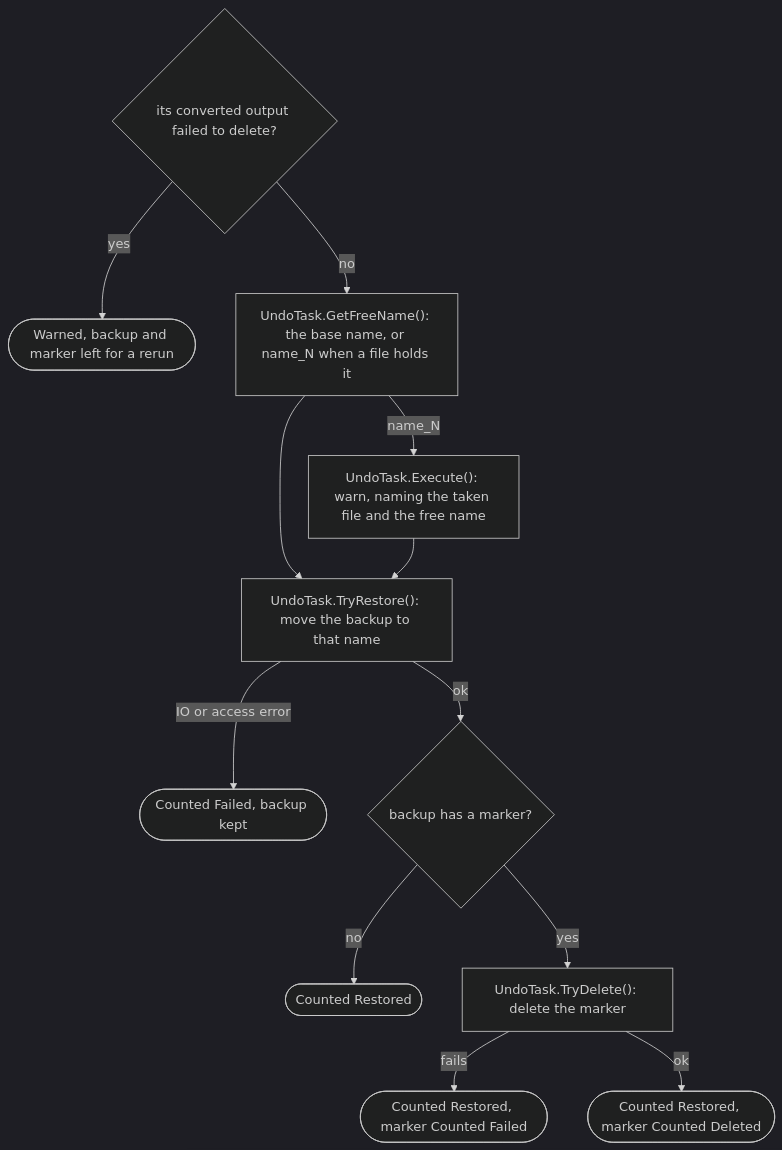
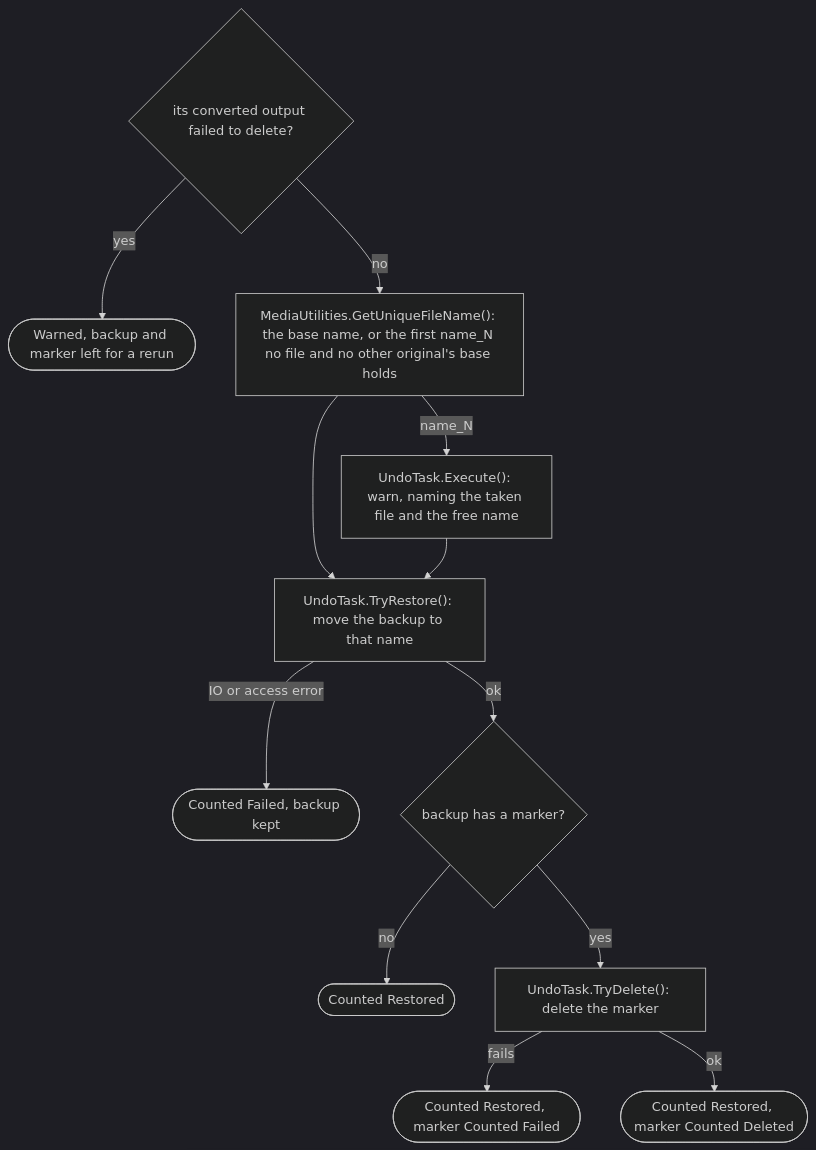
One commit to ptr727/PhotoCleaner changed diagram 21 of 23 in ARCHITECTURE.md. Above: the diagram before and after it, drawn with Mermaid (dark theme). The commit also changed other lines of this file and 4 other files, not shown here.

First line of the commit message:
Keep an Original When Its Name Holds a Live Output, and Reserve Base Names

````diff
--- a/ARCHITECTURE.md
+++ b/ARCHITECTURE.md
@@ -1019,15 +1019,15 @@
 ```mermaid
 flowchart TD
   R1{"its converted output failed to delete?"}
   R1 -->|"yes"| R2(["Warned, backup and marker left for a rerun"])
-  R1 -->|"no"| R3["UndoTask.GetFreeName(): the base name, or name_N when a file holds it"]
+  R1 -->|"no"| R3["MediaUtilities.GetUniqueFileName(): the base name, or the first name_N no file and no other original's base holds"]
   R3 -->|"name_N"| R4["UndoTask.Execute(): warn, naming the taken file and the free name"]
   R3 --> R5
   R4 --> R5["UndoTask.TryRestore(): move the backup to that name"]
   R5 -->|"IO or access error"| R6(["Counted Failed, backup kept"])
   R5 -->|"ok"| R7{"backup has a marker?"}
   R7 -->|"no"| R8(["Counted Restored"])
   R7 -->|"yes"| R9["UndoTask.TryDelete(): delete the marker"]
   R9 -->|"fails"| R10(["Counted Restored, marker Counted Failed"])
   R9 -->|"ok"| R11(["Counted Restored, marker Counted Deleted"])
 ```
````
